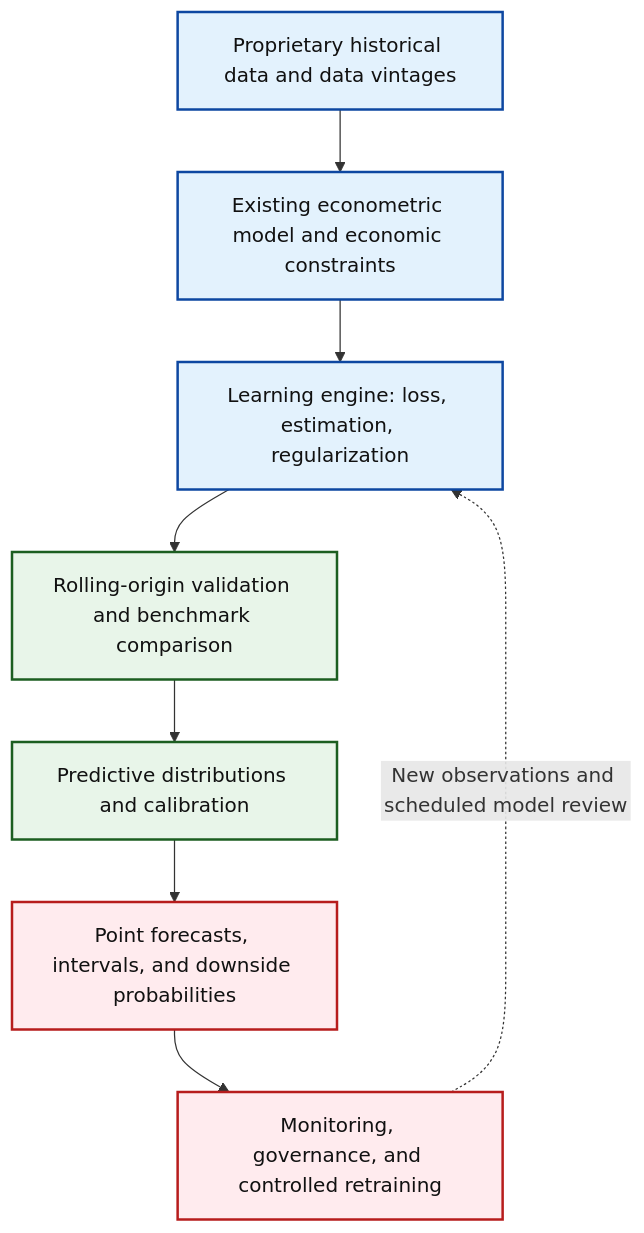
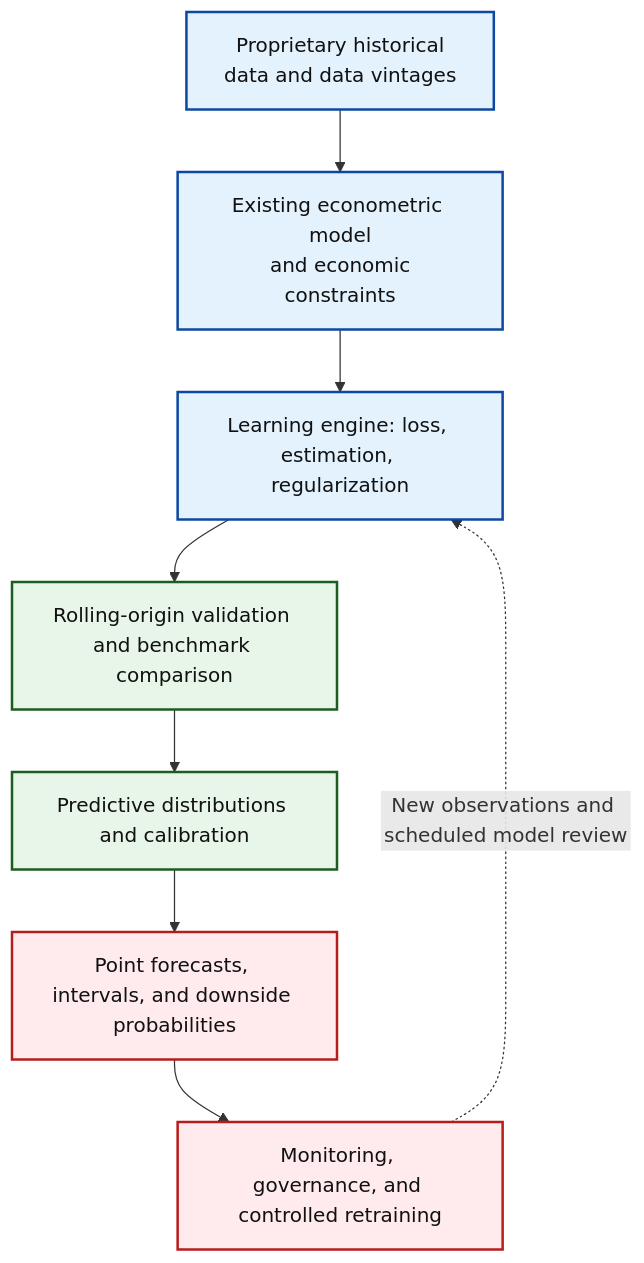
The diagram in work-notes/proprietary-ai-forecasting-architecture.md (Tellusant/docs), drawn with Mermaid before and after one commit.

Commit message:
Enhance architecture diagram formatting with line breaks
Updated the architecture diagram to include HTML line breaks for better formatting.

```diff
--- a/work-notes/proprietary-ai-forecasting-architecture.md
+++ b/work-notes/proprietary-ai-forecasting-architecture.md
@@ -130,23 +130,25 @@
 <div class="mermaid">
+
+%%{init: {'themeVariables': { 'fontFamily': 'Arial'}}}%%
     
 flowchart TD
 
-    A["Proprietary historical data and data vintages"]
-    B["Existing econometric model and economic constraints"]
-    C["Learning engine: loss, estimation, regularization"]
+    A["`Proprietary historical<br/> data and data vintages`"]
+    B["`Existing econometric model<br/> and economic constraints`"]
+    C["`Learning engine: loss, <br/>estimation, regularization`"]
     D["Rolling-origin validation and benchmark comparison"]
     E["Predictive distributions and calibration"]
     F["Point forecasts, intervals, and downside probabilities"]
     G["Monitoring, governance, and controlled retraining"]
 
     A --> B --> C --> D --> E --> F --> G
     G -. "New observations and scheduled model review" .-> C
 
     classDef blue fill:#E3F2FD,stroke:#0D47A1,stroke-width:2px,color:#111;
     classDef green fill:#E8F5E9,stroke:#1B5E20,stroke-width:2px,color:#111;
     classDef red fill:#FFEBEE,stroke:#B71C1C,stroke-width:2px,color:#111;
     class A,B,C blue;
     class D,E green;
     class F,G red;
 
 </div>
```
